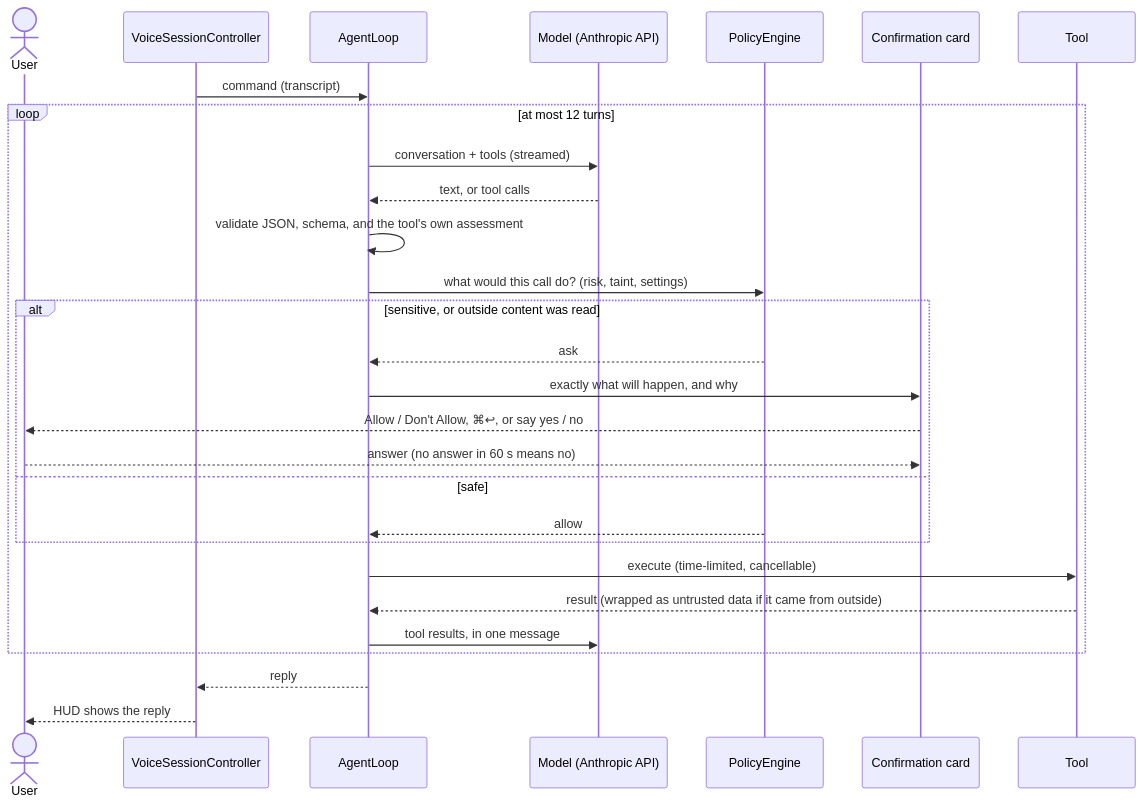
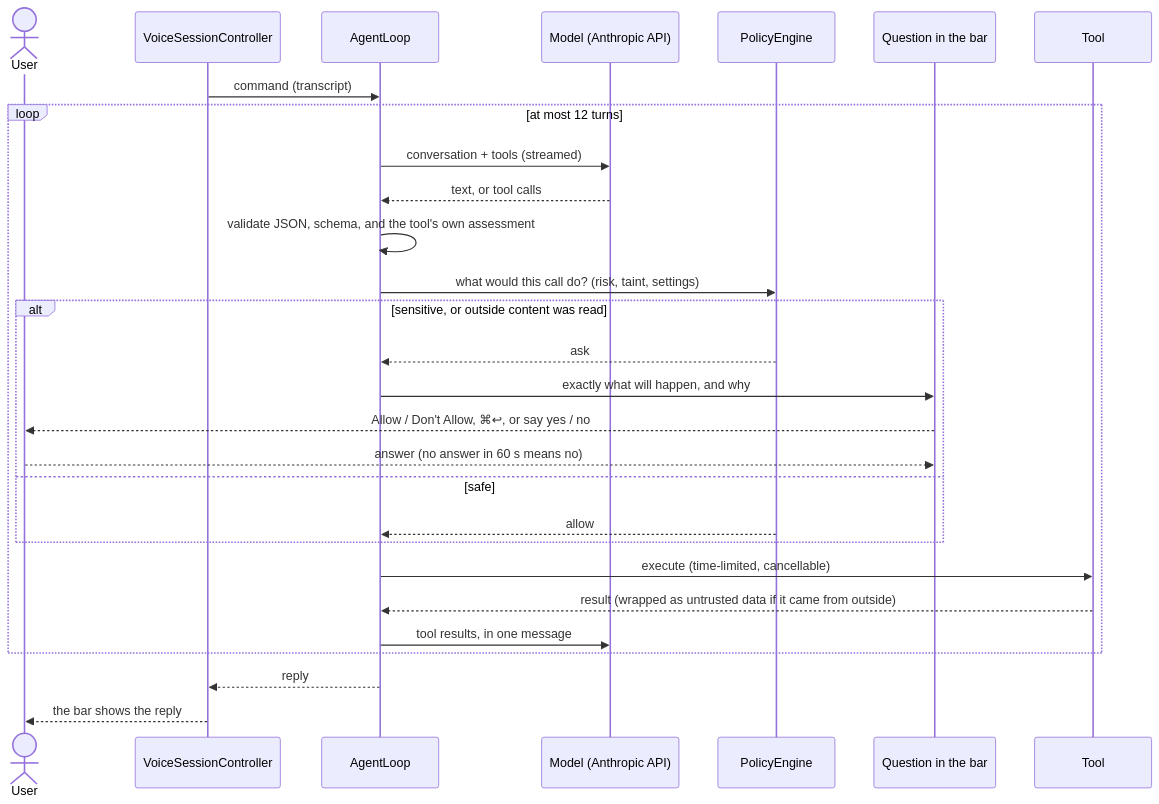
Before and after one commit to connectstack/voxa: the second of 2 diagrams in README.md, drawn with Mermaid. The commit also changed other lines of this file and 78 other files, not shown here.

````diff
--- a/README.md
+++ b/README.md
@@ -171,30 +209,30 @@
 ```mermaid
 sequenceDiagram
     actor User
     participant S as VoiceSessionController
     participant A as AgentLoop
     participant M as Model (Anthropic API)
     participant P as PolicyEngine
-    participant C as Confirmation card
+    participant C as Question in the bar
     participant T as Tool
     S->>A: command (transcript)
     loop at most 12 turns
         A->>M: conversation + tools (streamed)
         M-->>A: text, or tool calls
         A->>A: validate JSON, schema, and the tool's own assessment
         A->>P: what would this call do? (risk, taint, settings)
         alt sensitive, or outside content was read
             P-->>A: ask
             A->>C: exactly what will happen, and why
             C-->>User: Allow / Don't Allow, ⌘↩, or say yes / no
             User-->>C: answer (no answer in 60 s means no)
         else safe
             P-->>A: allow
         end
         A->>T: execute (time-limited, cancellable)
         T-->>A: result (wrapped as untrusted data if it came from outside)
         A->>M: tool results, in one message
     end
     A-->>S: reply
-    S-->>User: HUD shows the reply
+    S-->>User: the bar shows the reply
 ```
````
